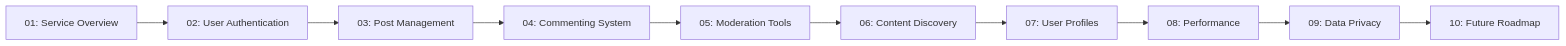
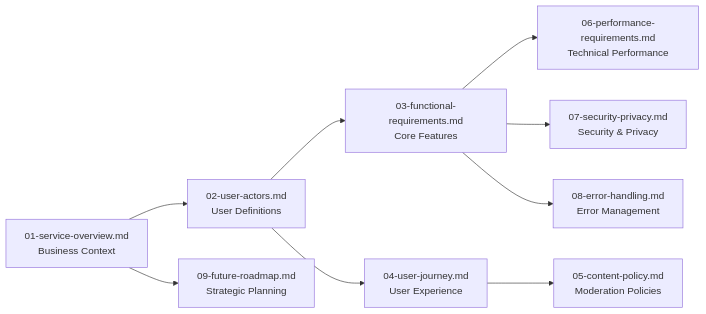
The diagram in deepseek/deepseek-v3.1-terminus-exacto/bbs/docs/analysis/00-toc.md (wrtnlabs/autobe-examples), drawn with Mermaid before and after one commit. The commit also changed other lines of this file and 22498 other files, not shown here.

````diff
--- a/deepseek/deepseek-v3.1-terminus-exacto/bbs/docs/analysis/00-toc.md
+++ b/deepseek/deepseek-v3.1-terminus-exacto/bbs/docs/analysis/00-toc.md
@@ -31,12 +136,11 @@
 ```mermaid
 graph LR
-    A["01: Service Overview"] --> B["02: User Authentication"]
-    B --> C["03: Post Management"]
-    C --> D["04: Commenting System"]
-    D --> E["05: Moderation Tools"]
-    E --> F["06: Content Discovery"]
-    F --> G["07: User Profiles"]
-    G --> H["08: Performance"]
-    H --> I["09: Data Privacy"]
-    I --> J["10: Future Roadmap"]
+    A["01-service-overview.md<br/>Business Context"] --> B["02-user-actors.md<br/>User Definitions"]
+    B --> C["03-functional-requirements.md<br/>Core Features"]
+    B --> D["04-user-journey.md<br/>User Experience"]
+    C --> E["06-performance-requirements.md<br/>Technical Performance"]
+    C --> F["07-security-privacy.md<br/>Security & Privacy"]
+    D --> G["05-content-policy.md<br/>Moderation Policies"]
+    C --> H["08-error-handling.md<br/>Error Management"]
+    A --> I["09-future-roadmap.md<br/>Strategic Planning"]
 ```
````
